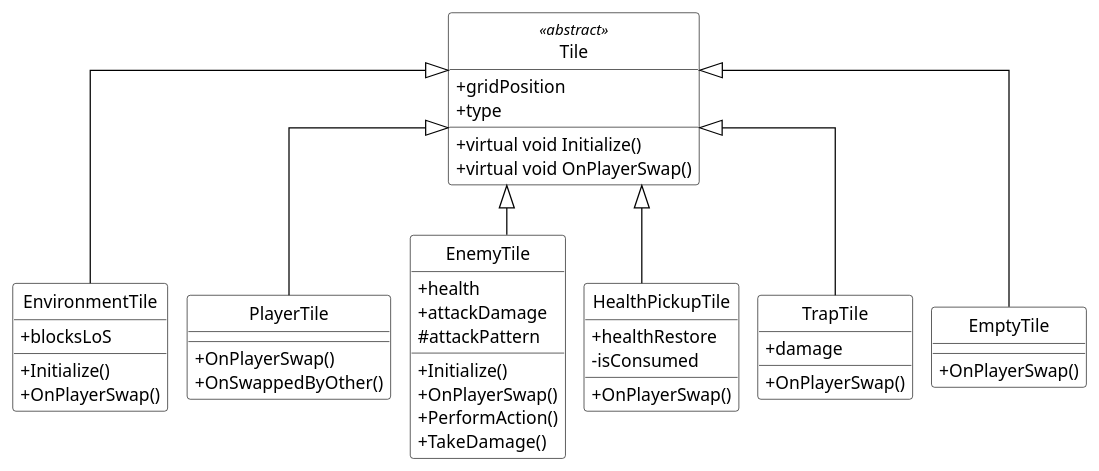
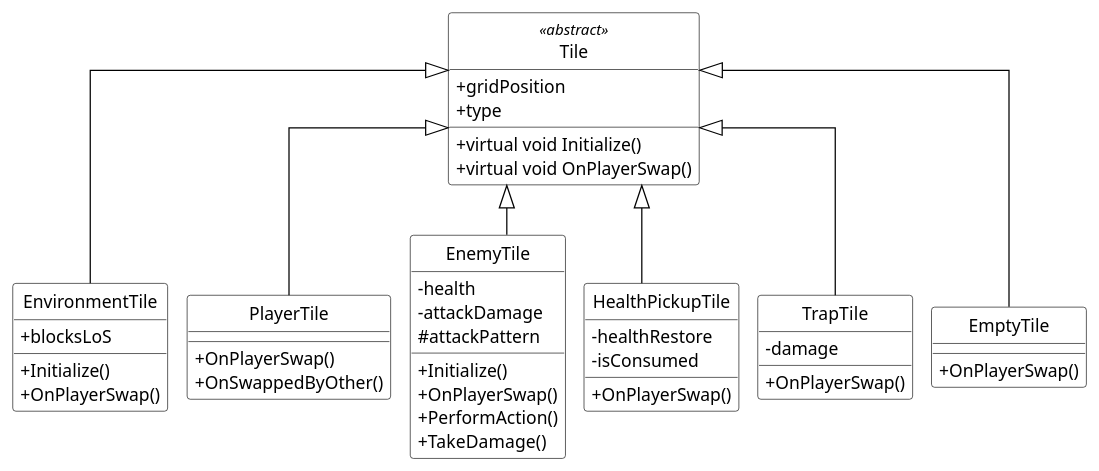
Before and after one commit to flovnes/15roguelike: the diagram in Flowcharts/classes.md, drawn with PlantUML. The commit also changed 13 other files, not shown here.

Commit message:
edit diagrams & build settings

```diff
--- a/Flowcharts/classes.md
+++ b/Flowcharts/classes.md
@@ -1,64 +1,64 @@
 @startuml
 skinparam linetype ortho
 skinparam class {
     BackgroundColor White
     BorderColor Black
     FontColor Black
     ArrowColor Black
 }
 
 skinparam class<<abstract>>Fontstyle plain
 
 skinparam nodesep 15
 skinparam ranksep 40
 
 skinparam classAttributeIconSize 0
 skinparam style strictuml
 
 class Tile <<abstract>> {
   + gridPosition
   + type
   + virtual void Initialize()
   + virtual void OnPlayerSwap()
 }
 
 class EnvironmentTile
 class PlayerTile
 class EnemyTile
 class HealthPickupTile
 class EmptyTile
 class TrapTile
 
 EnvironmentTile -[hidden]right- PlayerTile
 PlayerTile -[hidden]right- EnemyTile
 EnemyTile -[hidden]right- HealthPickupTile
 HealthPickupTile -[hidden]right- TrapTile
 TrapTile -[hidden]right- EmptyTile
 
 Tile <|-- EnvironmentTile
 Tile <|-- PlayerTile
 Tile <|-- EnemyTile
 Tile <|-- HealthPickupTile
 Tile <|-- TrapTile
 Tile <|-- EmptyTile
 
 EnvironmentTile : + blocksLoS
 
 EnvironmentTile : + Initialize()
 EnvironmentTile : + OnPlayerSwap()
-EnemyTile : + health
-EnemyTile : + attackDamage
+EnemyTile : - health
+EnemyTile : - attackDamage
 EnemyTile : # attackPattern
 EnemyTile : + Initialize()
 EnemyTile : + OnPlayerSwap()
 EnemyTile : + PerformAction()
 EnemyTile : + TakeDamage()
 PlayerTile : + OnPlayerSwap()
 PlayerTile : + OnSwappedByOther()
-HealthPickupTile : + healthRestore
+HealthPickupTile : - healthRestore
 HealthPickupTile : - isConsumed
 HealthPickupTile : + OnPlayerSwap()
 EmptyTile : + OnPlayerSwap()
-TrapTile : + damage
+TrapTile : - damage
 TrapTile : + OnPlayerSwap()
 @enduml
```
